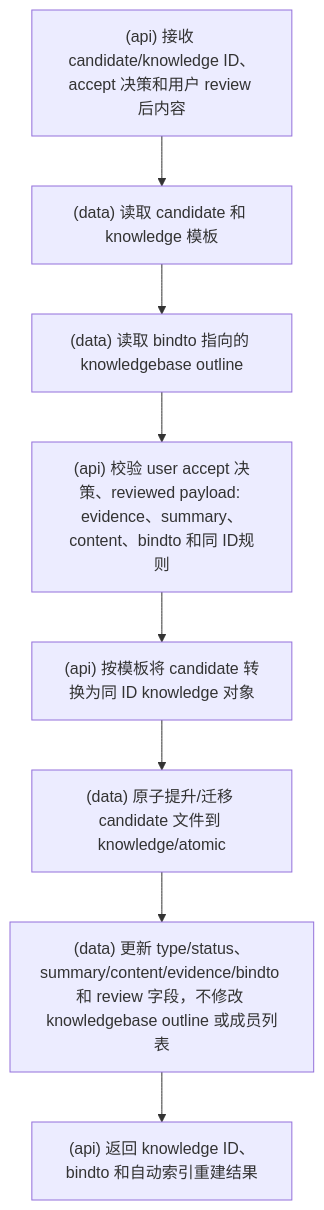
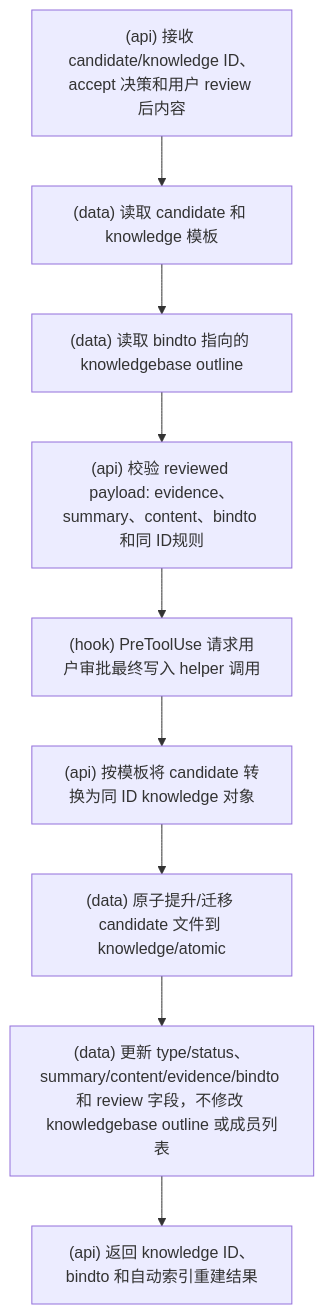
Before and after one commit to srangerme/KBManager: the eighth of 21 diagrams in docs/流程图.md, drawn with Mermaid. The commit also changed other lines of this file and 48 other files, not shown here.

````diff
--- a/docs/流程图.md
+++ b/docs/流程图.md
@@ -126,10 +126,11 @@
 ```mermaid
 flowchart TD
   A["(api) 接收 candidate/knowledge ID、accept 决策和用户 review 后内容"] --> B["(data) 读取 candidate 和 knowledge 模板"]
   B --> C["(data) 读取 bindto 指向的 knowledgebase outline"]
-  C --> D["(api) 校验 user accept 决策、reviewed payload: evidence、summary、content、bindto 和同 ID规则"]
-  D --> H["(api) 按模板将 candidate 转换为同 ID knowledge 对象"]
+  C --> D["(api) 校验 reviewed payload: evidence、summary、content、bindto 和同 ID规则"]
+  D --> G["(hook) PreToolUse 请求用户审批最终写入 helper 调用"]
+  G --> H["(api) 按模板将 candidate 转换为同 ID knowledge 对象"]
   H --> I["(data) 原子提升/迁移 candidate 文件到 knowledge/atomic"]
   I --> J["(data) 更新 type/status、summary/content/evidence/bindto 和 review 字段，不修改 knowledgebase outline 或成员列表"]
   J --> K["(api) 返回 knowledge ID、bindto 和自动索引重建结果"]
 ```
````
